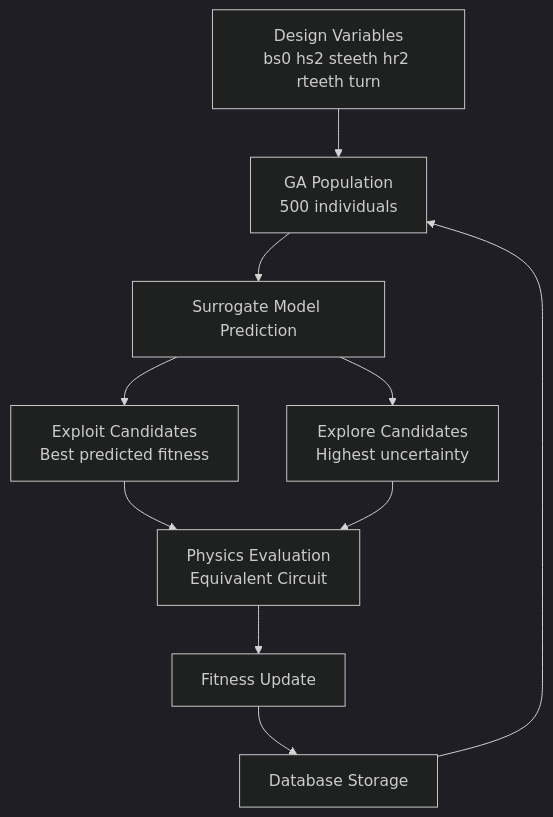
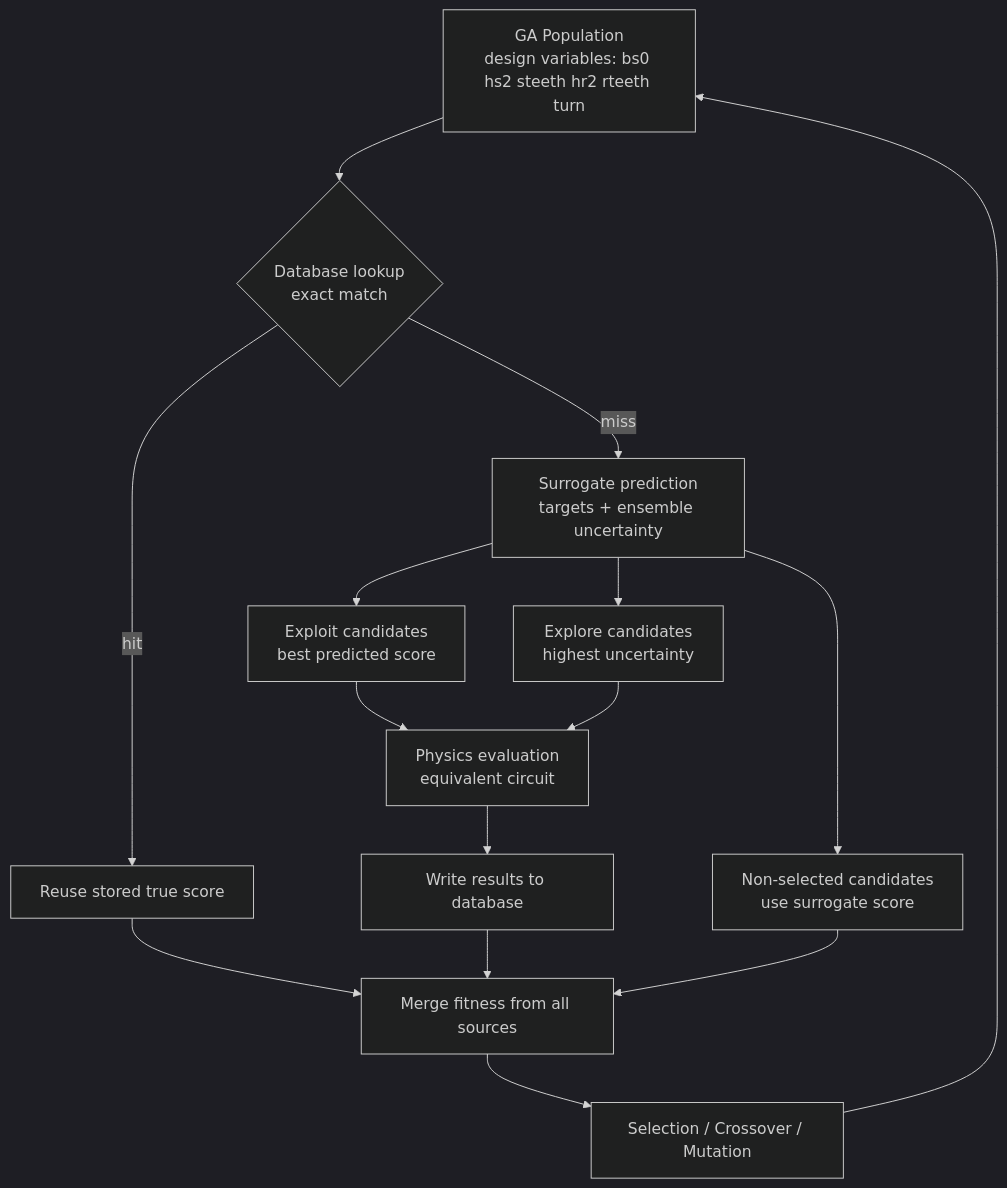
Before and after one commit to Noah-incoding/mlga-motor-optimization: the diagram in README.md, drawn with Mermaid (dark theme). The commit also changed other lines of this file and 3 other files, not shown here.

````diff
--- a/README.md
+++ b/README.md
@@ -15,23 +15,27 @@
 ```mermaid
 flowchart TD
 
-A[Design Variables<br/>bs0 hs2 steeth hr2 rteeth turn]
+A[GA Population<br/>design variables: bs0 hs2 steeth hr2 rteeth turn]
 
-A --> B[GA Population<br/>500 individuals]
+A --> B{Database lookup<br/>exact match}
 
-B --> C[Surrogate Model Prediction]
+B -- hit --> H[Reuse stored true score]
 
-C --> D[Exploit Candidates<br/>Best predicted fitness]
+B -- miss --> C[Surrogate prediction<br/>targets + ensemble uncertainty]
 
-C --> E[Explore Candidates<br/>Highest uncertainty]
+C --> D[Exploit candidates<br/>best predicted score]
+C --> E[Explore candidates<br/>highest uncertainty]
+C --> N[Non-selected candidates<br/>use surrogate score]
 
-D --> F[Physics Evaluation<br/>Equivalent Circuit]
-
+D --> F[Physics evaluation<br/>equivalent circuit]
 E --> F
 
-F --> G[Fitness Update]
+F --> G[Write results to database]
 
-G --> H[Database Storage]
+H --> M[Merge fitness from all sources]
+G --> M
+N --> M
 
-H --> B
+M --> S[Selection / Crossover / Mutation]
+S --> A
 ```
````
